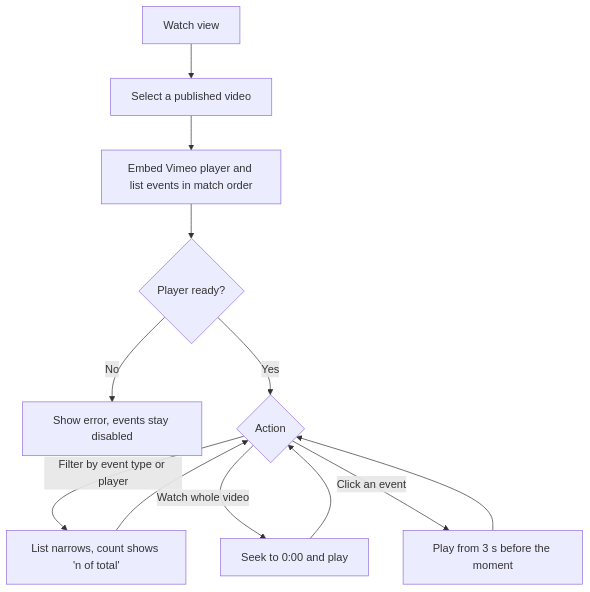
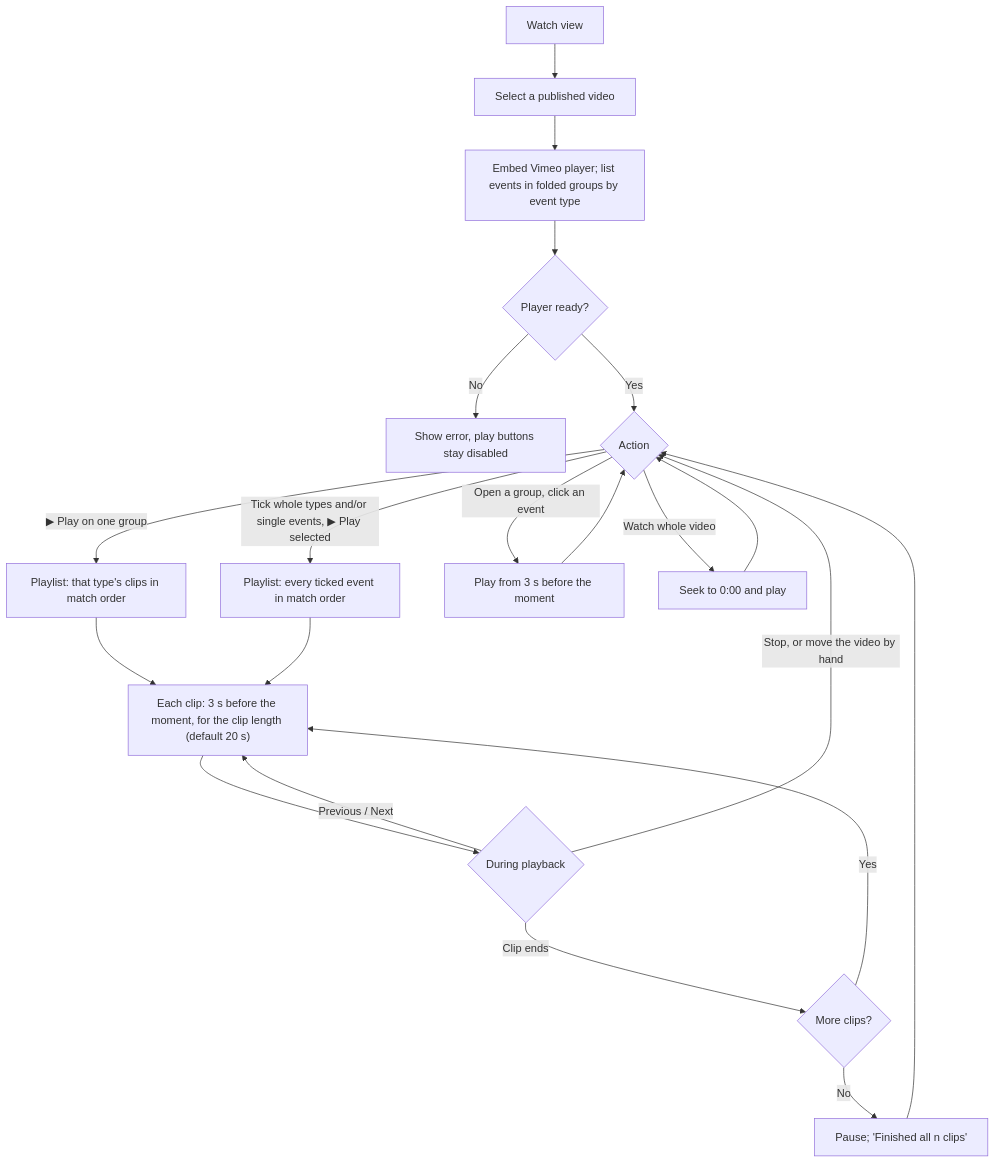
One commit to LeandroBerretta/touchline-video-tagging changed the tenth of 12 diagrams in docs/USE_CASE_FLOWS.md. Above: the diagram before and after it, drawn with Mermaid. The commit also changed other lines of this file and 4 other files, not shown here.

First line of the commit message:
Group Watch events by type and play clips back to back

````diff
--- a/docs/USE_CASE_FLOWS.md
+++ b/docs/USE_CASE_FLOWS.md
@@ -221,11 +221,19 @@
 ```mermaid
 flowchart TD
   A[Watch view] --> B[Select a published video]
-  B --> C[Embed Vimeo player and list events in match order]
+  B --> C[Embed Vimeo player; list events in folded groups by event type]
   C --> D{Player ready?}
-  D -- No --> D1[Show error, events stay disabled]
+  D -- No --> D1[Show error, play buttons stay disabled]
   D -- Yes --> E{Action}
-  E -- Filter by event type or player --> F[List narrows, count shows 'n of total'] --> E
+  E -- "▶ Play on one group" --> P[Playlist: that type's clips in match order]
+  E -- "Tick whole types and/or single events, ▶ Play selected" --> P2[Playlist: every ticked event in match order]
+  P & P2 --> Q["Each clip: 3 s before the moment, for the clip length (default 20 s)"]
+  Q --> R{During playback}
+  R -- Clip ends --> S{More clips?}
+  S -- Yes --> Q
+  S -- No --> T[Pause; 'Finished all n clips'] --> E
+  R -- "Previous / Next" --> Q
+  R -- "Stop, or move the video by hand" --> E
+  E -- Open a group, click an event --> H[Play from 3 s before the moment] --> E
   E -- Watch whole video --> G[Seek to 0:00 and play] --> E
-  E -- Click an event --> H[Play from 3 s before the moment] --> E
 ```
````
